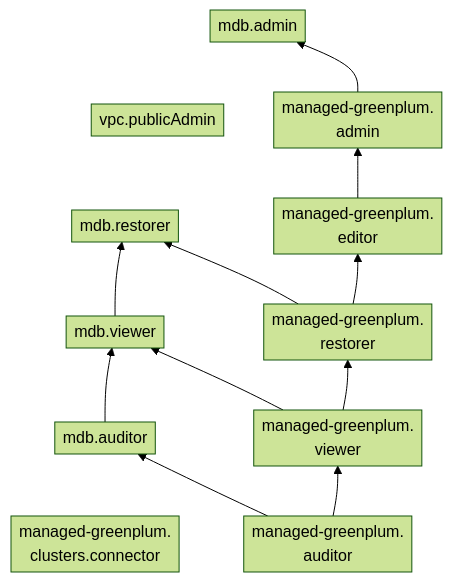
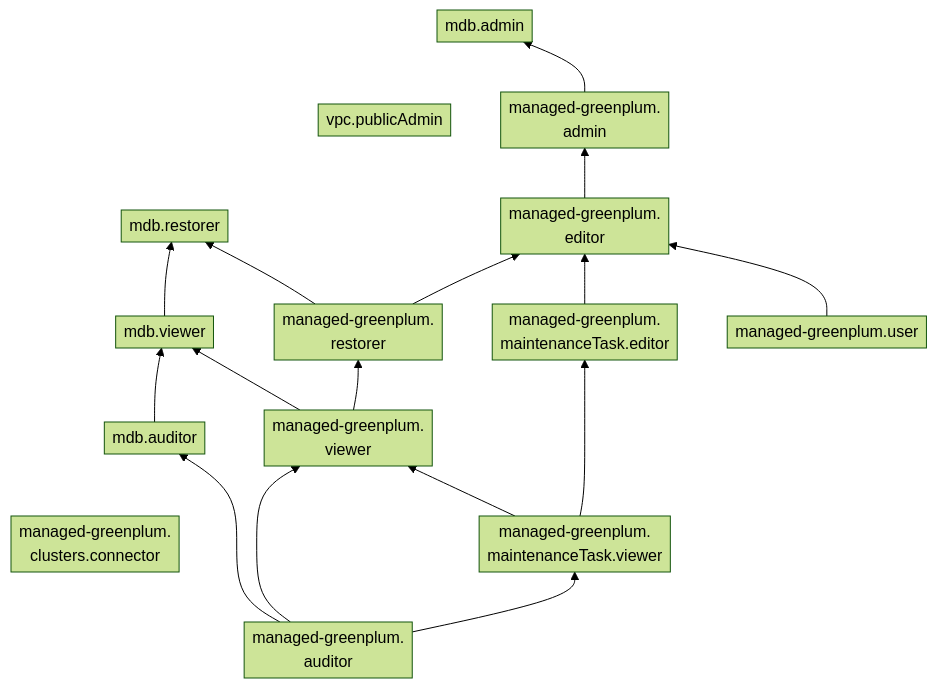
Before and after one commit to yandex-cloud/docs: the diagram in en/_mermaid/roles/managed-greenplum.md, drawn with Mermaid (forest theme). The commit also changed 584 other files, not shown here.

````diff
--- a/en/_mermaid/roles/managed-greenplum.md
+++ b/en/_mermaid/roles/managed-greenplum.md
@@ -1,22 +1,29 @@
 ```mermaid
 %%{init: { "flowchart": { "padding": 4 } } }%%
 flowchart BT
     managed-greenplum.clusters.connector["`managed-greenplum.
     clusters.connector`"] ~~~ mdb.auditor
     vpc.publicAdmin ~~~ mdb.admin
     mdb.auditor --> mdb.viewer
     mdb.viewer --> mdb.restorer   
     managed-greenplum.auditor["`managed-greenplum.
     auditor`"] --> mdb.auditor
     managed-greenplum.viewer["`managed-greenplum.
     viewer`"] --> mdb.viewer
     managed-greenplum.restorer["`managed-greenplum.
     restorer`"] --> mdb.restorer
     managed-greenplum.admin["`managed-greenplum.
     admin`"] --> mdb.admin
+    managed-greenplum.maintenanceTask.viewer --> managed-greenplum.viewer
+    managed-greenplum.maintenanceTask.editor --> managed-greenplum.editor
+    managed-greenplum.user --> managed-greenplum.editor
     managed-greenplum.auditor --> managed-greenplum.viewer
     managed-greenplum.viewer --> managed-greenplum.restorer
     managed-greenplum.editor["`managed-greenplum.
     editor`"] --> managed-greenplum.admin
+    managed-greenplum.auditor --> managed-greenplum.maintenanceTask.viewer["`managed-greenplum.
+    maintenanceTask.viewer`"]
+    managed-greenplum.maintenanceTask.viewer --> managed-greenplum.maintenanceTask.editor["`managed-greenplum.
+    maintenanceTask.editor`"]
     managed-greenplum.restorer --> managed-greenplum.editor
 ```
````
